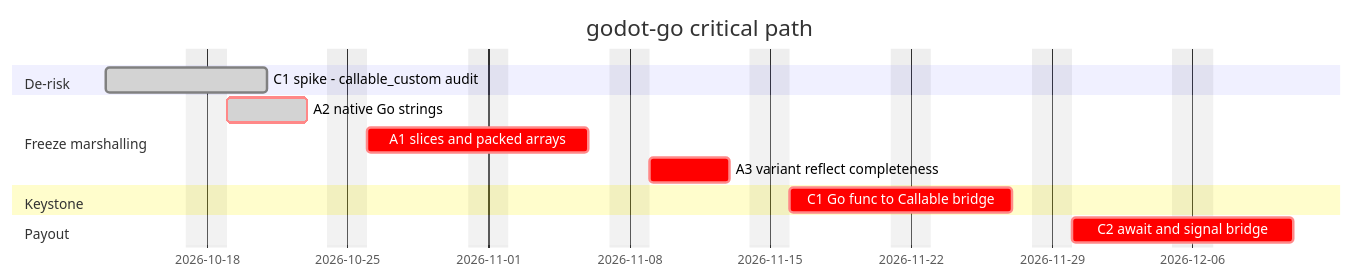
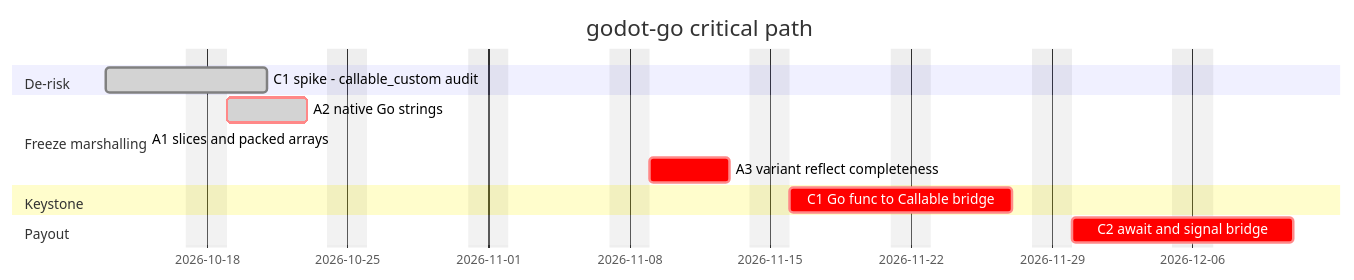
The second of 2 diagrams in docs/roadmap.md (godot-go/godot-go), drawn with Mermaid before and after one commit. The commit also changed other lines of this file and 16 other files, not shown here.

First line of the commit message:
feat: marshal go slices through packed arrays (#157)

````diff
--- a/docs/roadmap.md
+++ b/docs/roadmap.md
@@ -292,16 +303,16 @@
 ```mermaid
 gantt
     title godot-go critical path
     dateFormat YYYY-MM-DD
     excludes weekends
     section De-risk
     C1 spike - callable_custom audit   :done, s1, 2026-10-13, 2026-10-21
     section Freeze marshalling
     A2 native Go strings               :done, crit, s2, 2026-10-19, 2026-10-23
-    A1 slices and packed arrays        :crit, s3, 2026-10-26, 2026-11-06
+    A1 slices and packed arrays        :done, crit, s3, 2026-10-15, 2026-10-15
     A3 variant reflect completeness    :crit, s4, 2026-11-09, 2026-11-13
     section Keystone
     C1 Go func to Callable bridge      :crit, s5, 2026-11-16, 2026-11-27
     section Payout
     C2 await and signal bridge         :crit, s6, 2026-11-30, 2026-12-11
 ```
````
